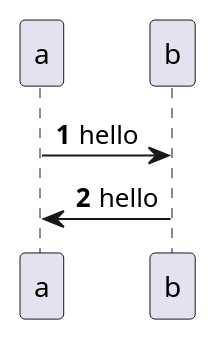
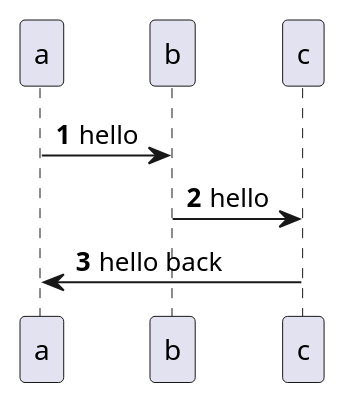
One commit to SEU-LYJ/MyDoc changed the second of 2 diagrams in 工具环境教程/vscode/vscode配置markdown和uml环境.md. Above: the diagram before and after it, drawn with PlantUML. The commit also changed other lines of this file, not shown here.

Commit message:
调整vscode教程排版

````diff
--- a/工具环境教程/vscode/vscode配置markdown和uml环境.md
+++ b/工具环境教程/vscode/vscode配置markdown和uml环境.md
@@ -56,5 +57,6 @@
 ```plantuml
 autonumber
 a -> b: hello
-b -> a: hello
+b -> c: hello
+c -> a: hello back
 ```
````
